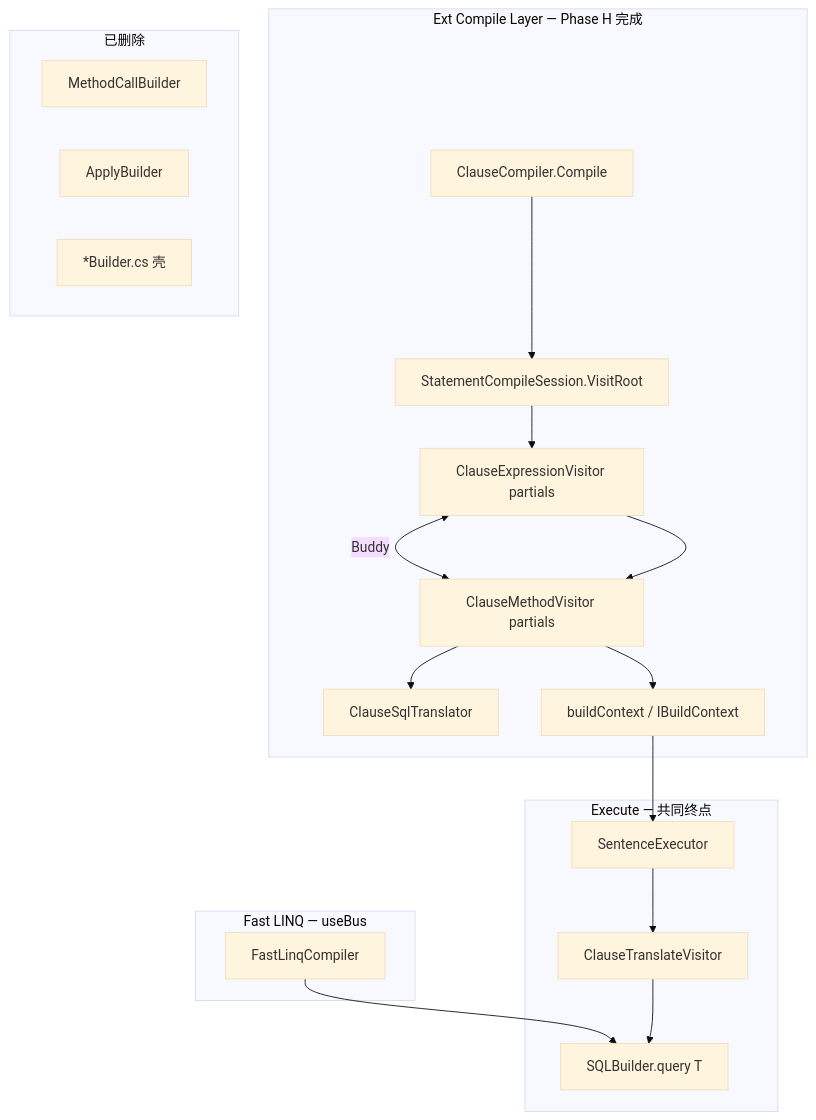
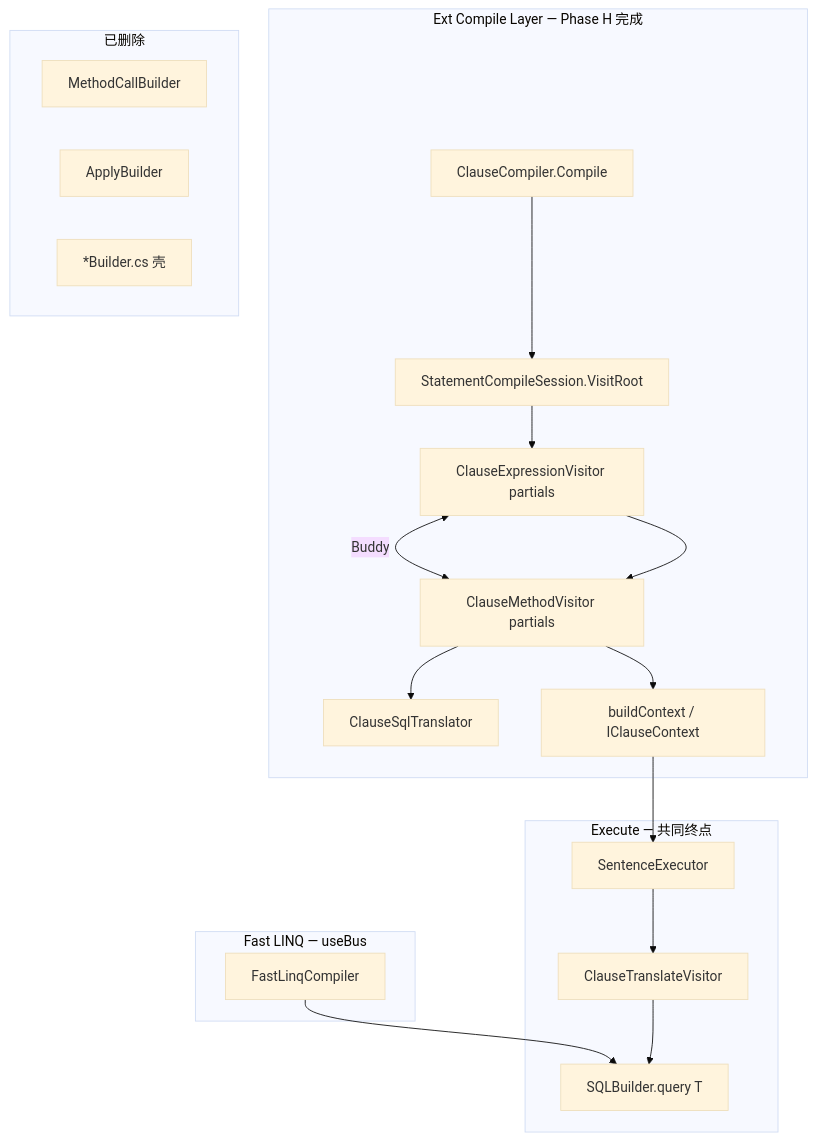
One commit to sailuosi/mooSQL changed the diagram in ext/src/linq/LINQ全景分析与项目对比.md. Above: the diagram before and after it, drawn with Mermaid (base theme). The commit also changed other lines of this file and 280 other files, not shown here.

````diff
--- a/ext/src/linq/LINQ全景分析与项目对比.md
+++ b/ext/src/linq/LINQ全景分析与项目对比.md
@@ -288,29 +288,29 @@
 ```mermaid
 flowchart TB
     subgraph compile [Ext Compile Layer — Phase H 完成]
         CC[ClauseCompiler.Compile]
         SCS[StatementCompileSession.VisitRoot]
         EV[ClauseExpressionVisitor partials]
         MV[ClauseMethodVisitor partials]
         EV <-->|Buddy| MV
         CST[ClauseSqlTranslator]
-        CTX[buildContext / IBuildContext]
+        CTX[buildContext / IClauseContext]
     end
     subgraph removed [已删除]
         MCB[MethodCallBuilder]
         AB[ApplyBuilder]
         XB["*Builder.cs 壳"]
     end
     subgraph exec [Execute — 共同终点]
         SE[SentenceExecutor]
         CTV[ClauseTranslateVisitor]
         SB[SQLBuilder.query T]
     end
     subgraph fast [Fast LINQ — useBus]
         FC[FastLinqCompiler] --> SB
     end
     CC --> SCS --> EV
     EV --> MV --> CTX --> SE
     MV --> CST
     SE --> CTV --> SB
 ```
````
